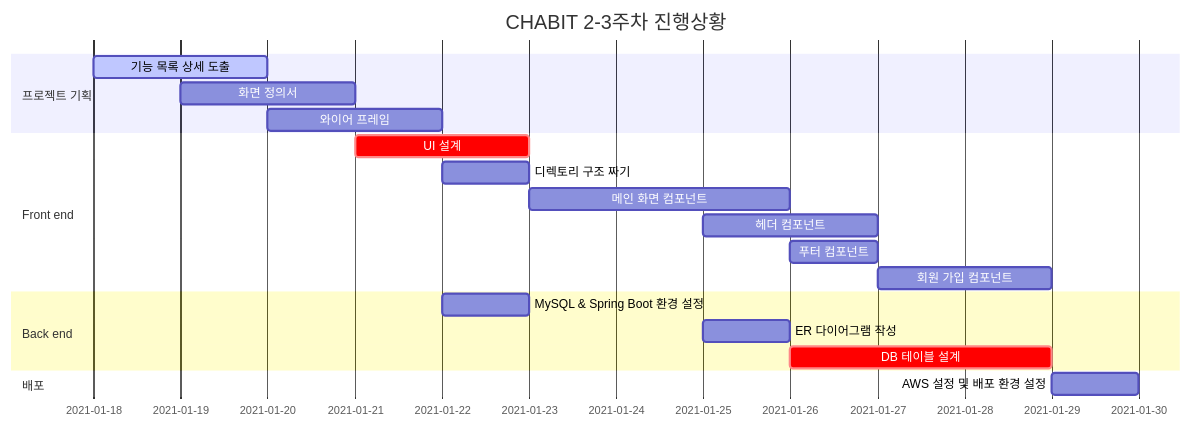
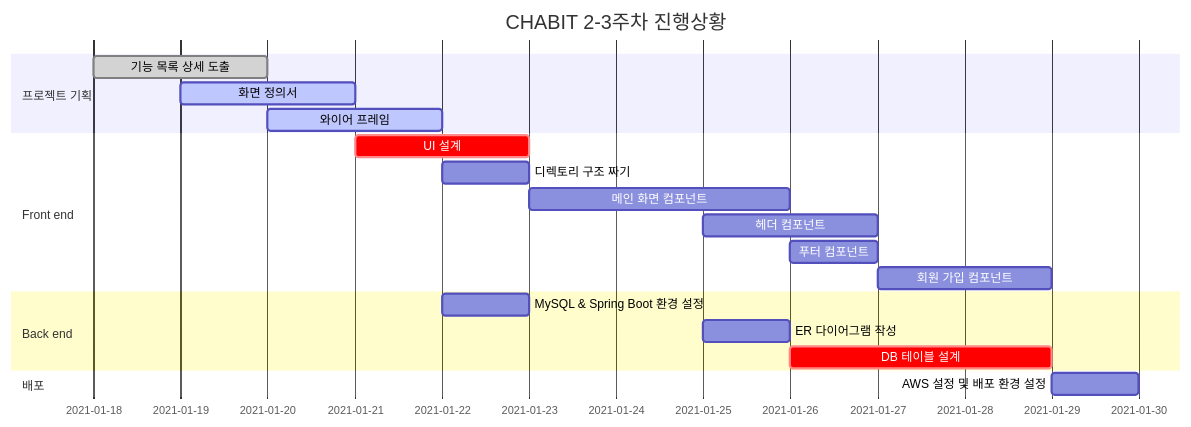
Before and after one commit to lahreum/Chabit: the diagram in README.md, drawn with Mermaid.

Commit message:
Docs: 일정 상황 업데이트

````diff
--- a/README.md
+++ b/README.md
@@ -72,28 +72,28 @@
 ```mermaid
 gantt
     dateFormat  YYYY-MM-DD
     title       CHABIT 2-3주차 진행상황
     %% excludes    2021-01-23,2021-01-24
     %% (`excludes` accepts specific dates in YYYY-MM-DD format, days of the week ("sunday") or "weekends", but not the word "weekdays".)
 
     section 프로젝트 기획
-    기능 목록 상세 도출			:active, plan1, 2021-01-18, 2d
-    화면 정의서				  : plan2, 2021-01-19, 2d
-    와이어 프레임             : plan3, 2021-01-20, 2d
+    기능 목록 상세 도출			:done, plan1, 2021-01-18, 2d
+    화면 정의서				  :active, plan2, 2021-01-19, 2d
+    와이어 프레임             :active, plan3, 2021-01-20, 2d
 
 	section Front end
     UI 설계      	 :crit, front1, 2021-01-21, 2d
     디렉토리 구조 짜기		  	:  front2, 2021-01-22, 1d
     메인 화면 컴포넌트		 	 : front3, after front2, 3d
     헤더 컴포넌트   	  : front4, 2021-01-25, 2d
     푸터 컴포넌트         : front5, 2021-01-26, 1d
     회원 가입 컴포넌트  : front6, after front5, 2d
 
     section Back end
     MySQL & Spring Boot 환경 설정     	 : back1, 2021-01-22, 1d
     ER 다이어그램 작성     	 : back2, 2021-01-25, 1d
     DB 테이블 설계		:crit, back3, after back2, 3d
 
     section 배포
     AWS 설정 및 배포 환경 설정 :    deploy1, after back3, 1d
 ```
````
